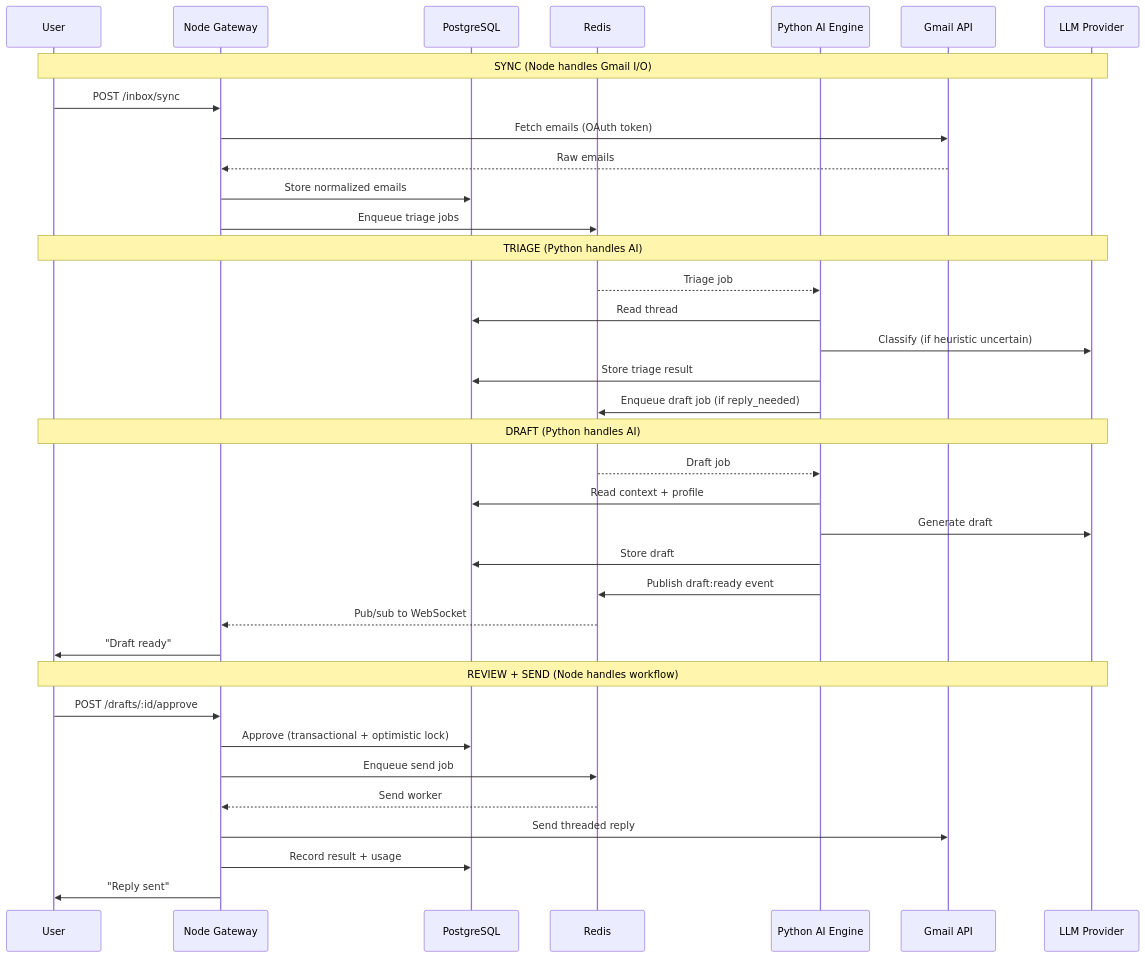
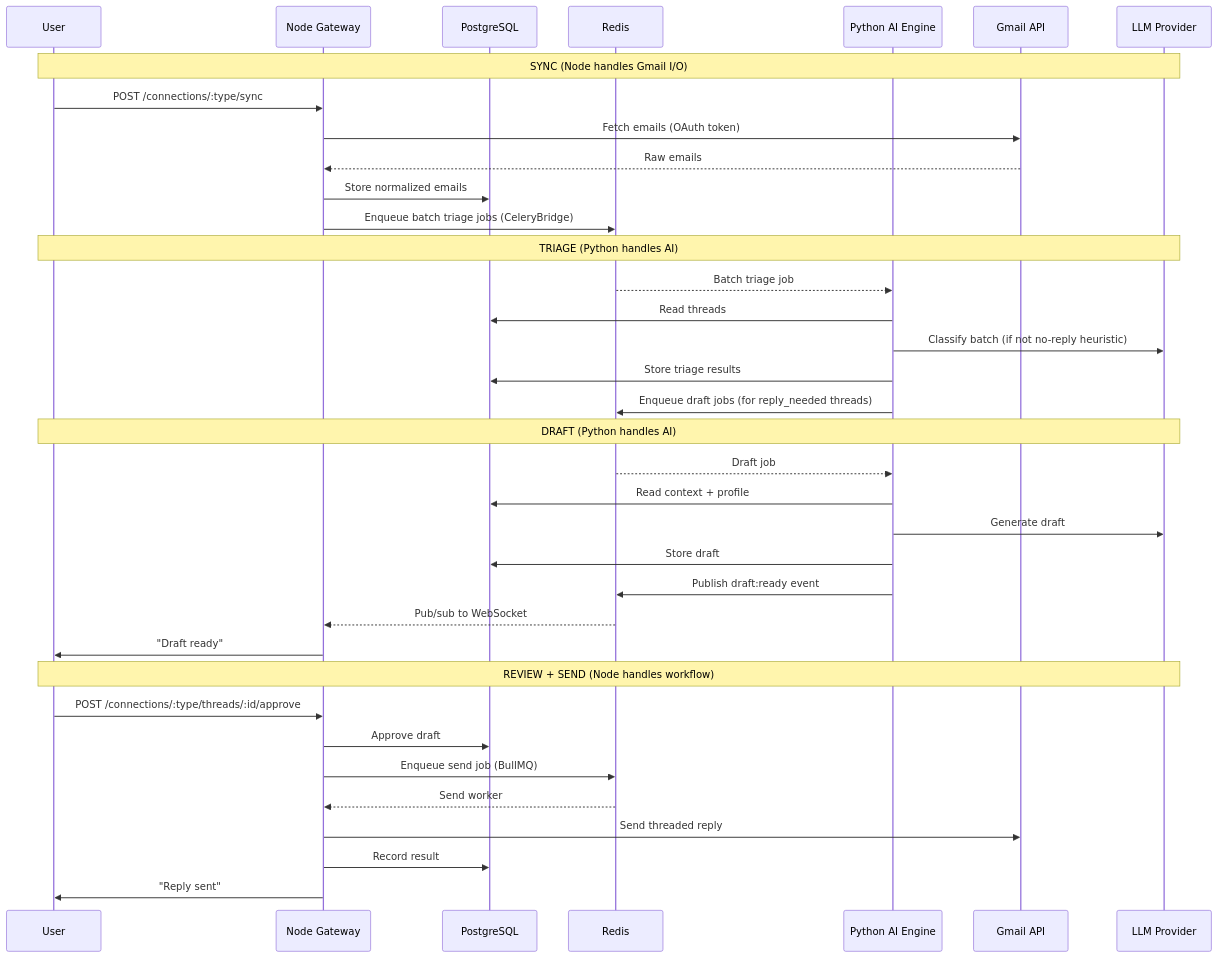
Before and after one commit to RG-Le/Draftly: the diagram in docs/system-design-overview.md, drawn with Mermaid. The commit also changed other lines of this file and 12 other files, not shown here.

````diff
--- a/docs/system-design-overview.md
+++ b/docs/system-design-overview.md
@@ -80,42 +80,42 @@
 ```mermaid
 sequenceDiagram
     participant U as User
     participant N as Node Gateway
     participant PG as PostgreSQL
     participant RD as Redis
     participant Py as Python AI Engine
     participant G as Gmail API
     participant LLM as LLM Provider
 
     Note over U,LLM: SYNC (Node handles Gmail I/O)
-    U->>N: POST /inbox/sync
+    U->>N: POST /connections/:type/sync
     N->>G: Fetch emails (OAuth token)
     G-->>N: Raw emails
     N->>PG: Store normalized emails
-    N->>RD: Enqueue triage jobs
+    N->>RD: Enqueue batch triage jobs (CeleryBridge)
 
     Note over U,LLM: TRIAGE (Python handles AI)
-    RD-->>Py: Triage job
-    Py->>PG: Read thread
-    Py->>LLM: Classify (if heuristic uncertain)
-    Py->>PG: Store triage result
-    Py->>RD: Enqueue draft job (if reply_needed)
+    RD-->>Py: Batch triage job
+    Py->>PG: Read threads
+    Py->>LLM: Classify batch (if not no-reply heuristic)
+    Py->>PG: Store triage results
+    Py->>RD: Enqueue draft jobs (for reply_needed threads)
 
     Note over U,LLM: DRAFT (Python handles AI)
     RD-->>Py: Draft job
     Py->>PG: Read context + profile
     Py->>LLM: Generate draft
     Py->>PG: Store draft
     Py->>RD: Publish draft:ready event
     RD-->>N: Pub/sub to WebSocket
     N->>U: "Draft ready"
 
     Note over U,LLM: REVIEW + SEND (Node handles workflow)
-    U->>N: POST /drafts/:id/approve
-    N->>PG: Approve (transactional + optimistic lock)
-    N->>RD: Enqueue send job
+    U->>N: POST /connections/:type/threads/:id/approve
+    N->>PG: Approve draft
+    N->>RD: Enqueue send job (BullMQ)
     RD-->>N: Send worker
     N->>G: Send threaded reply
-    N->>PG: Record result + usage
+    N->>PG: Record result
     N->>U: "Reply sent"
 ```
````
